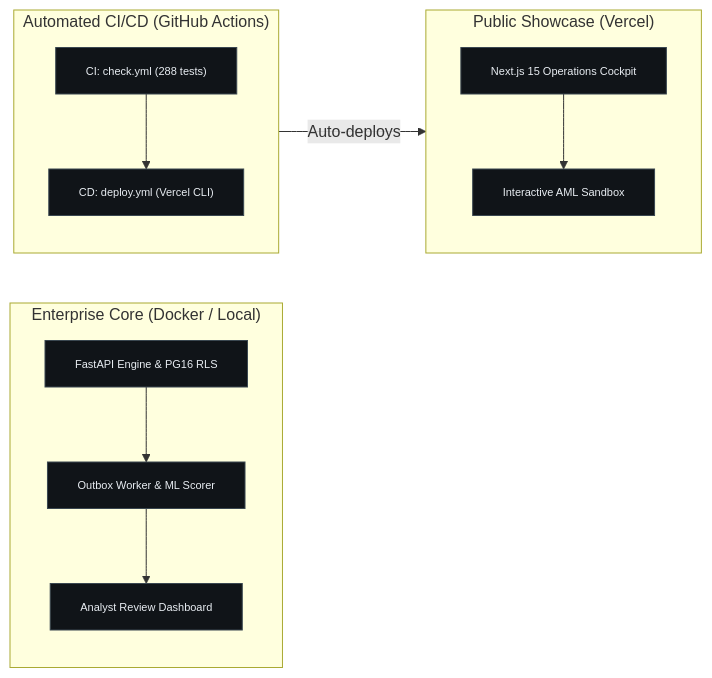
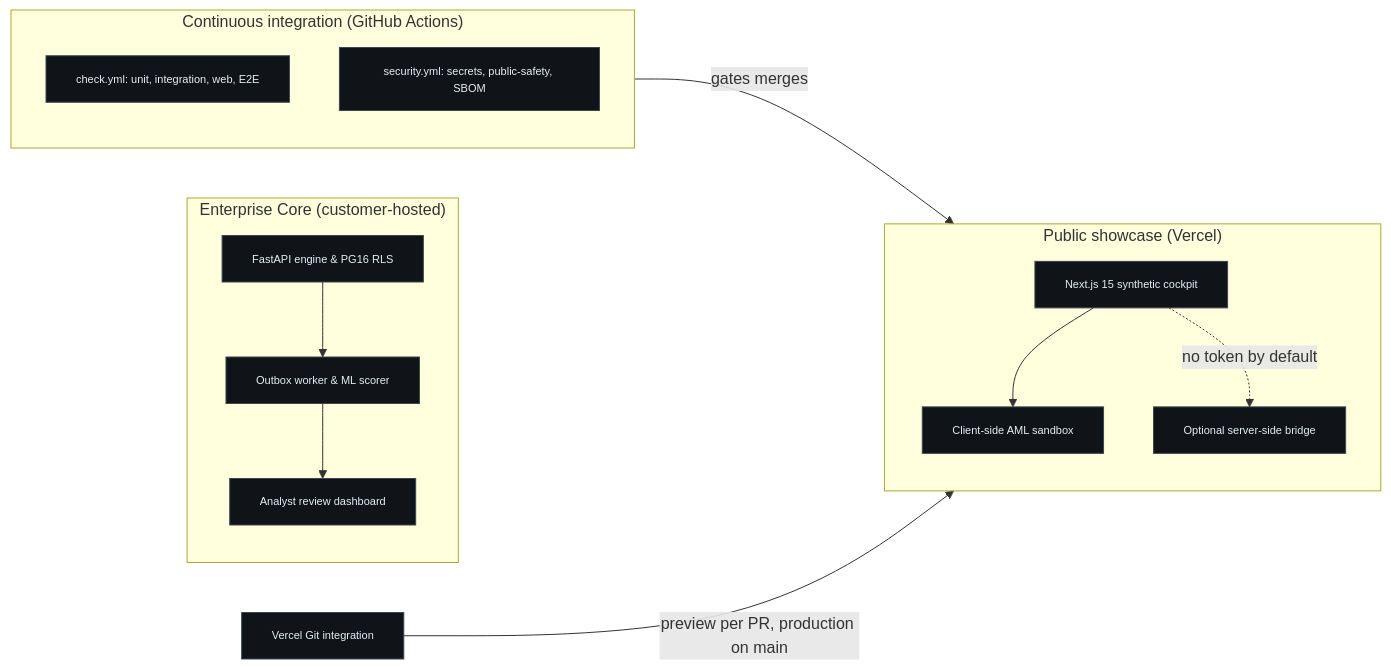
Before and after one commit to jeevesh2515/finsentinel-case-study: the first of 3 diagrams in ARCHITECTURE.md, drawn with Mermaid. The commit also changed other lines of this file and 12 other files, not shown here.

````diff
--- a/ARCHITECTURE.md
+++ b/ARCHITECTURE.md
@@ -11,29 +11,31 @@
 ```mermaid
 flowchart LR
-    subgraph Enterprise["Enterprise Core (Docker / Local)"]
+    subgraph Core["Enterprise Core (customer-hosted)"]
         direction TB
-        API["FastAPI Engine & PG16 RLS"]
-        WORKER["Outbox Worker & ML Scorer"]
-        DASH["Analyst Review Dashboard"]
+        API["FastAPI engine & PG16 RLS"]
+        WORKER["Outbox worker & ML scorer"]
+        DASH["Analyst review dashboard"]
         API --> WORKER --> DASH
     end
 
-    subgraph Delivery["Automated CI/CD (GitHub Actions)"]
+    subgraph CI["Continuous integration (GitHub Actions)"]
         direction TB
-        CI["CI: check.yml (288 tests)"]
-        CD["CD: deploy.yml (Vercel CLI)"]
-        CI --> CD
+        CHECK["check.yml: unit, integration, web, E2E"]
+        SEC["security.yml: secrets, public-safety, SBOM"]
     end
 
-    subgraph Edge["Public Showcase (Vercel)"]
+    subgraph Edge["Public showcase (Vercel)"]
         direction TB
-        WEB["Next.js 15 Operations Cockpit"]
-        SIM["Interactive AML Sandbox"]
+        WEB["Next.js 15 synthetic cockpit"]
+        SIM["Client-side AML sandbox"]
+        BRIDGE["Optional server-side bridge"]
         WEB --> SIM
+        WEB -. no token by default .-> BRIDGE
     end
 
-    Delivery -->|Auto-deploys| Edge
+    CI -->|gates merges| Edge
+    VERCEL["Vercel Git integration"] -->|preview per PR, production on main| Edge
 
     classDef box fill:#101418,stroke:#3a4750,color:#e8edf2,font-size:11px;
-    class API,WORKER,DASH,CI,CD,WEB,SIM box;
+    class API,WORKER,DASH,CHECK,SEC,WEB,SIM,BRIDGE,VERCEL box;
 ```
````
